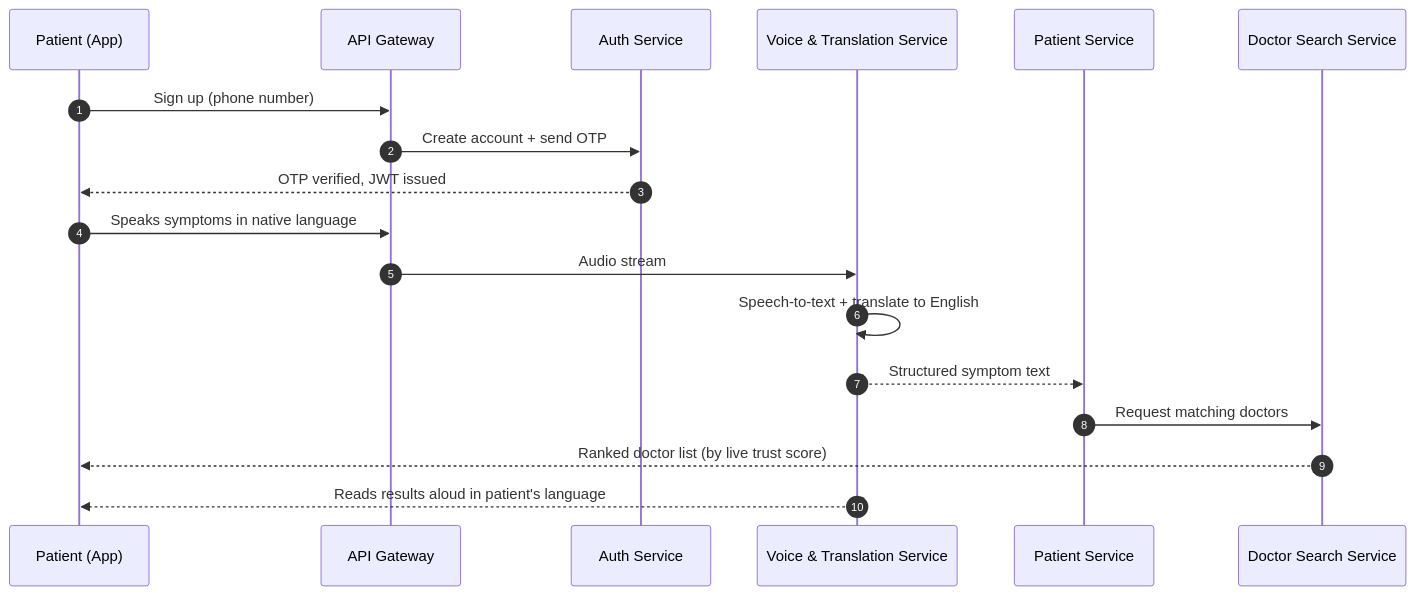
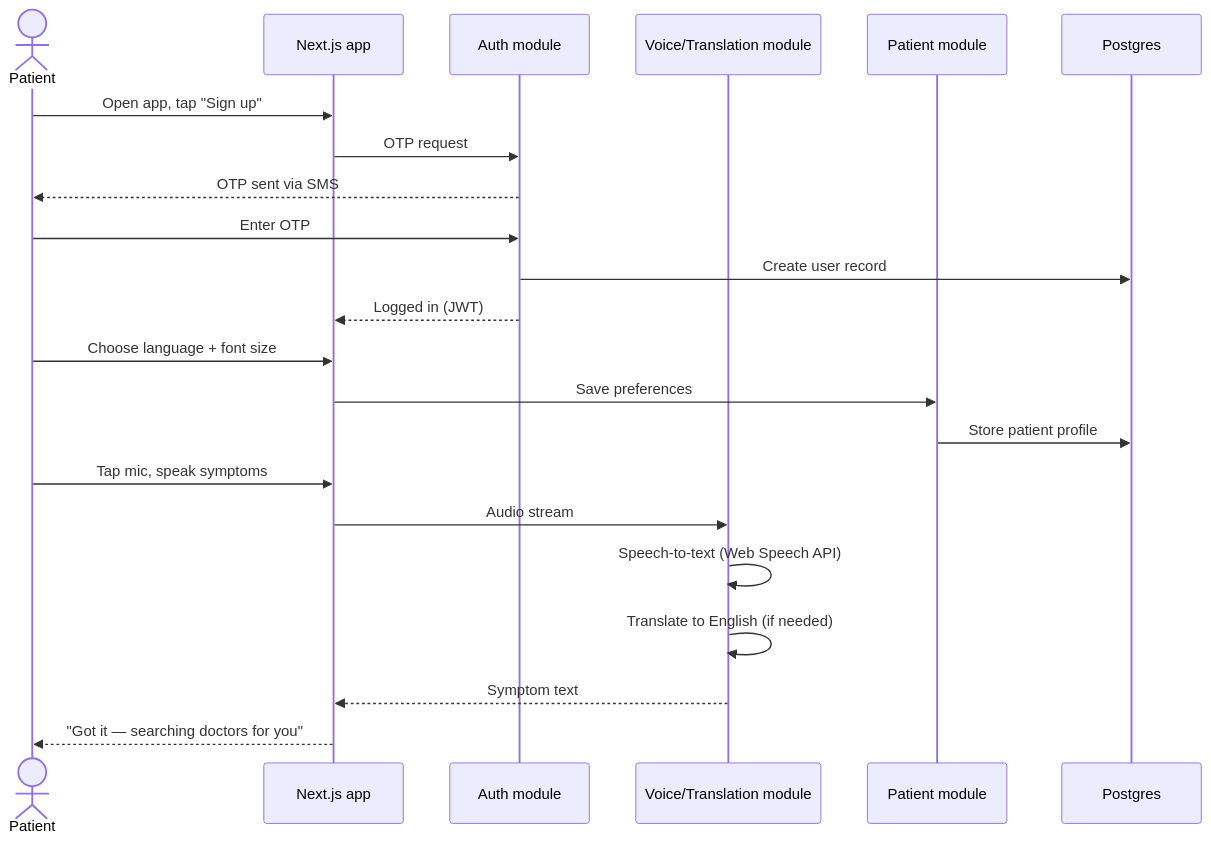
One commit to DevSars24/Swasth-Darshan changed the fourth of 12 diagrams in Vision.md. Above: the diagram before and after it, drawn with Mermaid. The commit also changed other lines of this file, not shown here.

````diff
--- a/Vision.md
+++ b/Vision.md
@@ -192,21 +216,27 @@
 ```mermaid
 sequenceDiagram
-    autonumber
-    participant P as Patient (App)
-    participant GW as API Gateway
-    participant AUTH as Auth Service
-    participant LANG as Voice & Translation Service
-    participant USR as Patient Service
-    participant SRCH as Doctor Search Service
+    actor Patient
+    participant App as Next.js app
+    participant Auth as Auth module
+    participant VT as Voice/Translation module
+    participant PA as Patient module
+    participant DB as Postgres
 
-    P->>GW: Sign up (phone number)
-    GW->>AUTH: Create account + send OTP
-    AUTH-->>P: OTP verified, JWT issued
-    P->>GW: Speaks symptoms in native language
-    GW->>LANG: Audio stream
-    LANG->>LANG: Speech-to-text + translate to English
-    LANG-->>USR: Structured symptom text
-    USR->>SRCH: Request matching doctors
-    SRCH-->>P: Ranked doctor list (by live trust score)
-    LANG-->>P: Reads results aloud in patient's language
+    Patient->>App: Open app, tap "Sign up"
+    App->>Auth: OTP request
+    Auth-->>Patient: OTP sent via SMS
+    Patient->>Auth: Enter OTP
+    Auth->>DB: Create user record
+    Auth-->>App: Logged in (JWT)
+
+    Patient->>App: Choose language + font size
+    App->>PA: Save preferences
+    PA->>DB: Store patient profile
+
+    Patient->>App: Tap mic, speak symptoms
+    App->>VT: Audio stream
+    VT->>VT: Speech-to-text (Web Speech API)
+    VT->>VT: Translate to English (if needed)
+    VT-->>App: Symptom text
+    App-->>Patient: "Got it — searching doctors for you"
 ```
````
